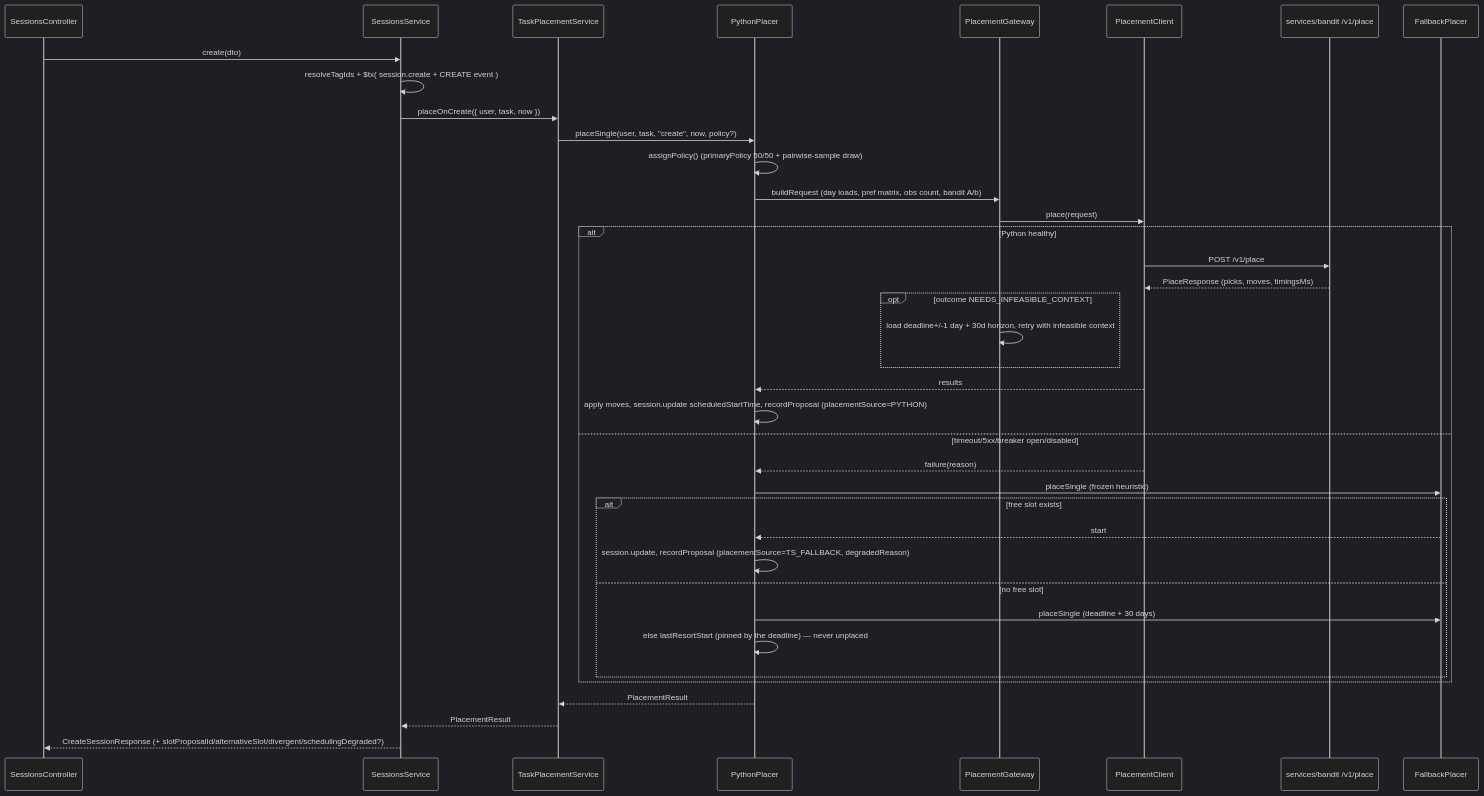
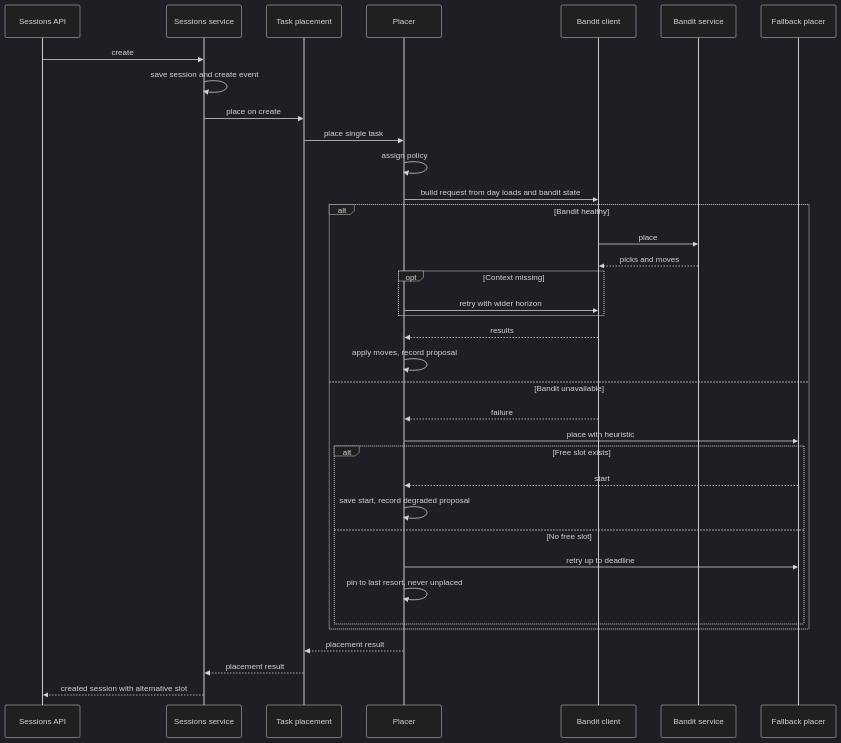
The first of 5 diagrams in docs/architecture/scheduler-flows.md (tryzenflow/zenflow), drawn with Mermaid (dark theme) before and after one commit. The commit also changed other lines of this file and 6 other files, not shown here.

````diff
--- a/docs/architecture/scheduler-flows.md
+++ b/docs/architecture/scheduler-flows.md
@@ -10,40 +10,38 @@
 ```mermaid
 sequenceDiagram
-  participant C as SessionsController
-  participant S as SessionsService
-  participant T as TaskPlacementService
-  participant P as PythonPlacer
-  participant G as PlacementGateway
-  participant PC as PlacementClient
-  participant PY as services/bandit /v1/place
-  participant FB as FallbackPlacer
-  C->>S: create(dto)
-  S->>S: resolveTagIds + $tx( session.create + CREATE event )
-  S->>T: placeOnCreate({ user, task, now })
-  T->>P: placeSingle(user, task, "create", now, policy?)
-  P->>P: assignPolicy() (primaryPolicy 50/50 + pairwise-sample draw)
-  P->>G: buildRequest (day loads, pref matrix, obs count, bandit A/b)
-  G->>PC: place(request)
-  alt Python healthy
-    PC->>PY: POST /v1/place
-    PY-->>PC: PlaceResponse (picks, moves, timingsMs)
-    opt outcome NEEDS_INFEASIBLE_CONTEXT
-      G->>G: load deadline+/-1 day + 30d horizon, retry with infeasible context
+  participant C as Sessions API
+  participant S as Sessions service
+  participant T as Task placement
+  participant P as Placer
+  participant PC as Bandit client
+  participant PY as Bandit service
+  participant FB as Fallback placer
+  C->>S: create
+  S->>S: save session and create event
+  S->>T: place on create
+  T->>P: place single task
+  P->>P: assign policy
+  P->>PC: build request from day loads and bandit state
+  alt Bandit healthy
+    PC->>PY: place
+    PY-->>PC: picks and moves
+    opt Context missing
+      P->>PC: retry with wider horizon
     end
     PC-->>P: results
-    P->>P: apply moves, session.update scheduledStartTime, recordProposal (placementSource=PYTHON)
-  else timeout/5xx/breaker open/disabled
-    PC-->>P: failure(reason)
-    P->>FB: placeSingle (frozen heuristic)
-    alt free slot exists
+    P->>P: apply moves, record proposal
+  else Bandit unavailable
+    PC-->>P: failure
+    P->>FB: place with heuristic
+    alt Free slot exists
       FB-->>P: start
-      P->>P: session.update, recordProposal (placementSource=TS_FALLBACK, degradedReason)
-    else no free slot
-      P->>FB: placeSingle (deadline + 30 days)
-      P->>P: else lastResortStart (pinned by the deadline) — never unplaced
+      P->>P: save start, record degraded proposal
+    else No free slot
+      P->>FB: retry up to deadline
+      P->>P: pin to last resort, never unplaced
     end
   end
-  P-->>T: PlacementResult
-  T-->>S: PlacementResult
-  S-->>C: CreateSessionResponse (+ slotProposalId/alternativeSlot/divergent/schedulingDegraded?)
+  P-->>T: placement result
+  T-->>S: placement result
+  S-->>C: created session with alternative slot
 ```
````
